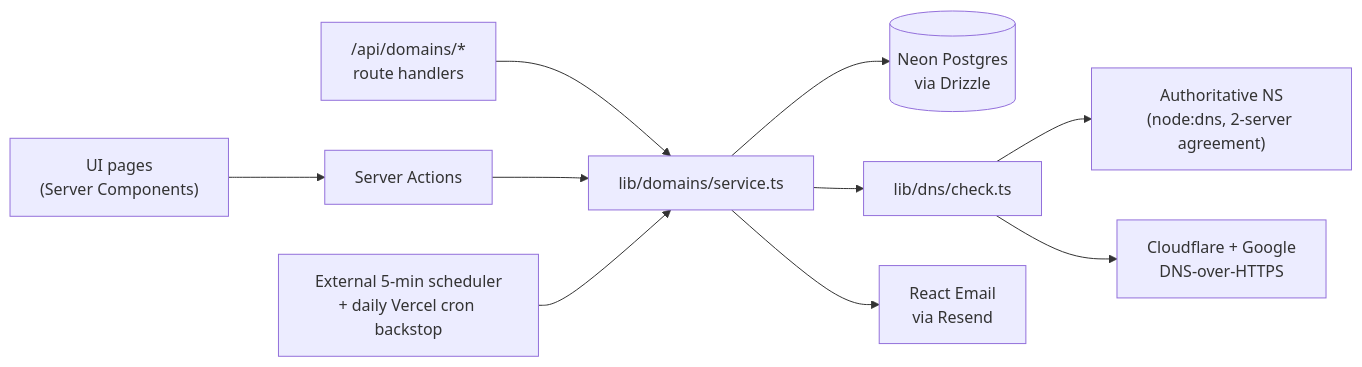
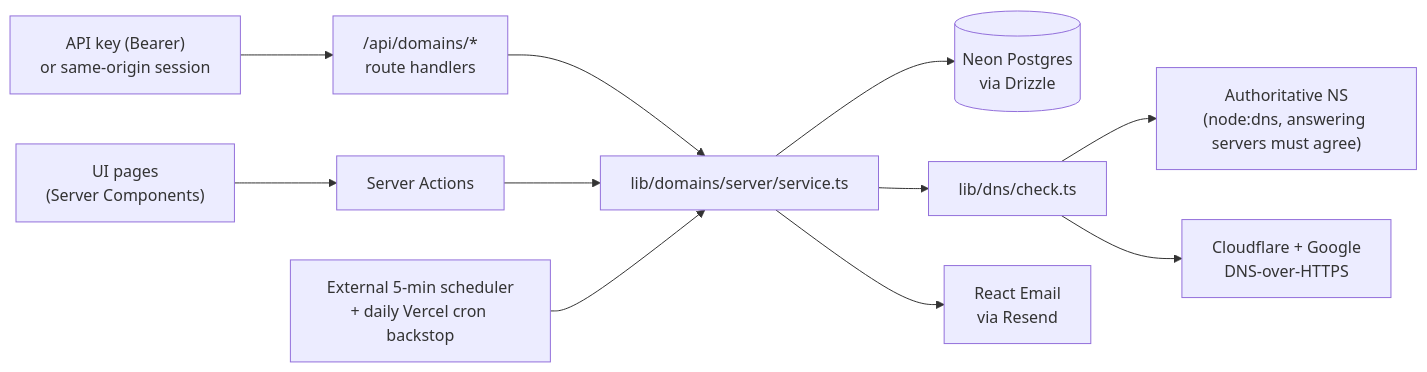
One commit to Justbigmack/domainify changed the diagram in README.md. Above: the diagram before and after it, drawn with Mermaid. The commit also changed other lines of this file and 1 other file, not shown here.

````diff
--- a/README.md
+++ b/README.md
@@ -37,12 +38,13 @@
 ```mermaid
 flowchart LR
   UI["UI pages<br/>(Server Components)"] --> SA["Server Actions"]
+  KEY["API key (Bearer)<br/>or same-origin session"] --> API
   API["/api/domains/*<br/>route handlers"] --> SVC
-  SA --> SVC["lib/domains/service.ts"]
+  SA --> SVC["lib/domains/server/service.ts"]
   SVC --> DB[("Neon Postgres<br/>via Drizzle")]
   SVC --> CHECK["lib/dns/check.ts"]
   SVC --> MAIL["React Email<br/>via Resend"]
-  CHECK --> AUTHNS["Authoritative NS<br/>(node:dns, 2-server agreement)"]
+  CHECK --> AUTHNS["Authoritative NS<br/>(node:dns, answering servers must agree)"]
   CHECK --> DOH["Cloudflare + Google<br/>DNS-over-HTTPS"]
   CRON["External 5-min scheduler<br/>+ daily Vercel cron backstop"] --> SVC
 ```
````
